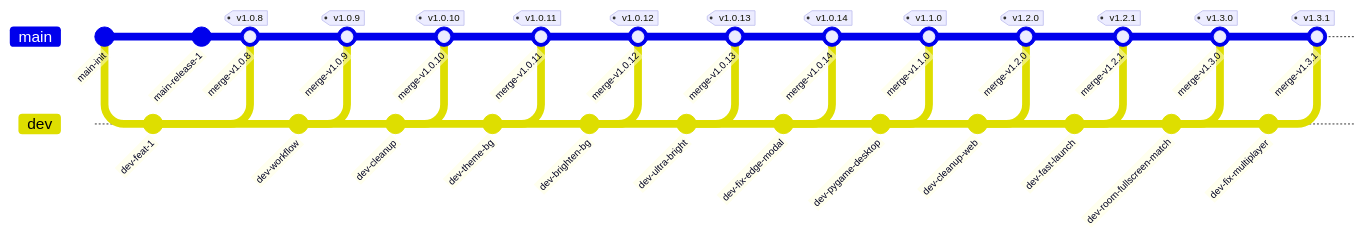
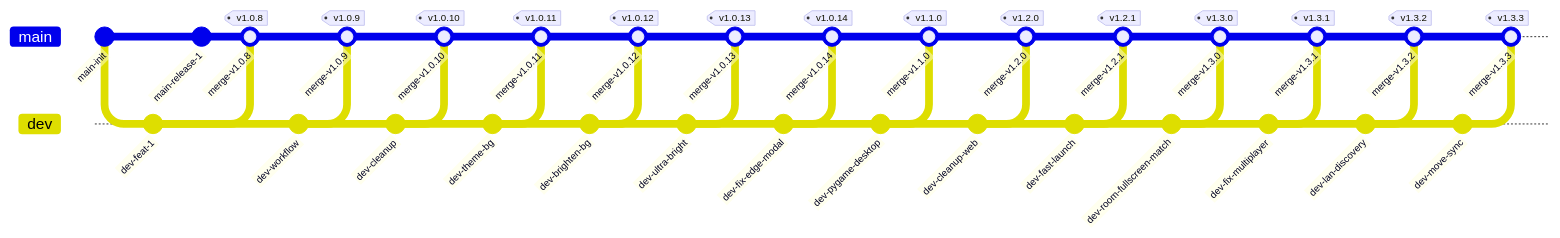
The first of 2 diagrams in OPERATIONS.md (6jbw6/Gomoku), drawn with Mermaid before and after one commit. The commit also changed other lines of this file and 9 other files, not shown here.

````diff
--- a/OPERATIONS.md
+++ b/OPERATIONS.md
@@ -459,54 +527,62 @@
 ```mermaid
 gitGraph
     commit id: "main-init"
     branch dev
     checkout dev
     commit id: "dev-feat-1"
     checkout main
     commit id: "main-release-1"
     merge dev id: "merge-v1.0.8" tag: "v1.0.8"
     checkout dev
     commit id: "dev-workflow"
     checkout main
     merge dev id: "merge-v1.0.9" tag: "v1.0.9"
     checkout dev
     commit id: "dev-cleanup"
     checkout main
     merge dev id: "merge-v1.0.10" tag: "v1.0.10"
     checkout dev
     commit id: "dev-theme-bg"
     checkout main
     merge dev id: "merge-v1.0.11" tag: "v1.0.11"
     checkout dev
     commit id: "dev-brighten-bg"
     checkout main
     merge dev id: "merge-v1.0.12" tag: "v1.0.12"
     checkout dev
     commit id: "dev-ultra-bright"
     checkout main
     merge dev id: "merge-v1.0.13" tag: "v1.0.13"
     checkout dev
     commit id: "dev-fix-edge-modal"
     checkout main
     merge dev id: "merge-v1.0.14" tag: "v1.0.14"
     checkout dev
     commit id: "dev-pygame-desktop"
     checkout main
     merge dev id: "merge-v1.1.0" tag: "v1.1.0"
     checkout dev
     commit id: "dev-cleanup-web"
     checkout main
     merge dev id: "merge-v1.2.0" tag: "v1.2.0"
     checkout dev
     commit id: "dev-fast-launch"
     checkout main
     merge dev id: "merge-v1.2.1" tag: "v1.2.1"
     checkout dev
     commit id: "dev-room-fullscreen-match"
     checkout main
     merge dev id: "merge-v1.3.0" tag: "v1.3.0"
     checkout dev
     commit id: "dev-fix-multiplayer"
     checkout main
     merge dev id: "merge-v1.3.1" tag: "v1.3.1"
+    checkout dev
+    commit id: "dev-lan-discovery"
+    checkout main
+    merge dev id: "merge-v1.3.2" tag: "v1.3.2"
+    checkout dev
+    commit id: "dev-move-sync"
+    checkout main
+    merge dev id: "merge-v1.3.3" tag: "v1.3.3"
 ```
````
